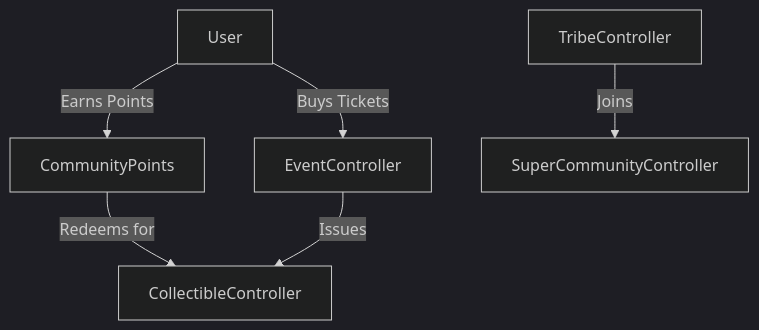
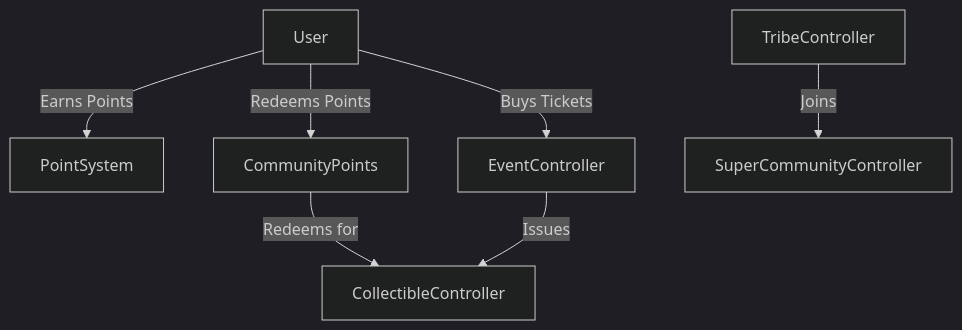
The second of 3 diagrams in README.md (Wasserstoff-Innovation/TribesByAstrix), drawn with Mermaid (dark theme) before and after one commit. The commit also changed other lines of this file and 31 other files, not shown here.

````diff
--- a/README.md
+++ b/README.md
@@ -82,8 +73,9 @@
 ```mermaid
 graph TD
-    A[User] -->|Earns Points| B[CommunityPoints]
-    A -->|Buys Tickets| C[EventController]
-    D[TribeController] -->|Joins| E[SuperCommunityController]
-    B -->|Redeems for| F[CollectibleController]
-    C -->|Issues| F
+    A[User] -->|Earns Points| B[PointSystem]
+    A -->|Redeems Points| C[CommunityPoints]
+    A -->|Buys Tickets| D[EventController]
+    E[TribeController] -->|Joins| F[SuperCommunityController]
+    C -->|Redeems for| G[CollectibleController]
+    D -->|Issues| G
 ```
````
